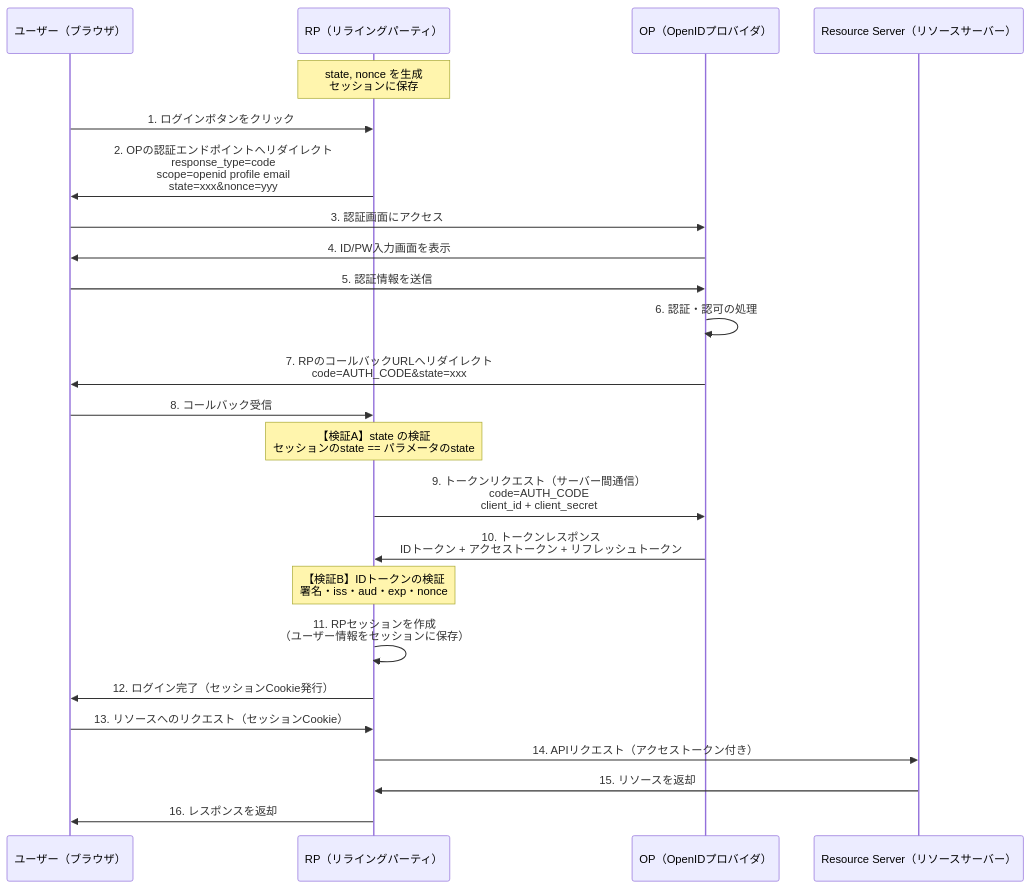
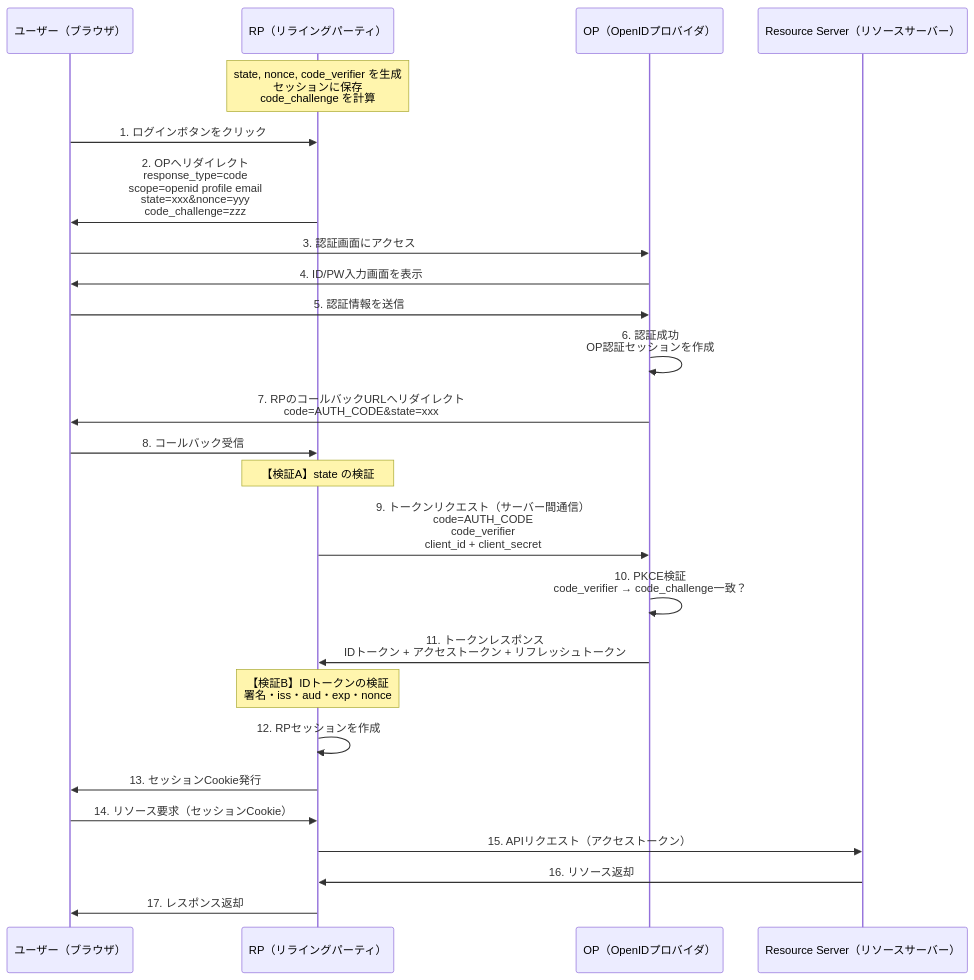
One commit to keiai0/go-demo changed the first of 5 diagrams in docs/oidc_architecture.md. Above: the diagram before and after it, drawn with Mermaid. The commit also changed other lines of this file, not shown here.

````diff
--- a/docs/oidc_architecture.md
+++ b/docs/oidc_architecture.md
@@ -17,35 +17,37 @@
 ```mermaid
 sequenceDiagram
     participant User as ユーザー（ブラウザ）
     participant RP as RP（リライングパーティ）
     participant OP as OP（OpenIDプロバイダ）
     participant RS as Resource Server（リソースサーバー）
 
-    Note over RP: state, nonce を生成<br/>セッションに保存
+    Note over RP: state, nonce, code_verifier を生成<br/>セッションに保存<br/>code_challenge を計算
 
     User->>RP: 1. ログインボタンをクリック
-    RP->>User: 2. OPの認証エンドポイントへリダイレクト<br/>response_type=code<br/>scope=openid profile email<br/>state=xxx&nonce=yyy
+    RP->>User: 2. OPへリダイレクト<br/>response_type=code<br/>scope=openid profile email<br/>state=xxx&nonce=yyy<br/>code_challenge=zzz
 
     User->>OP: 3. 認証画面にアクセス
     OP->>User: 4. ID/PW入力画面を表示
     User->>OP: 5. 認証情報を送信
-    OP->>OP: 6. 認証・認可の処理
+    OP->>OP: 6. 認証成功<br/>OP認証セッションを作成
 
     OP->>User: 7. RPのコールバックURLへリダイレクト<br/>code=AUTH_CODE&state=xxx
     User->>RP: 8. コールバック受信
 
-    Note over RP: 【検証A】state の検証<br/>セッションのstate == パラメータのstate
+    Note over RP: 【検証A】state の検証
 
-    RP->>OP: 9. トークンリクエスト（サーバー間通信）<br/>code=AUTH_CODE<br/>client_id + client_secret
-    OP->>RP: 10. トークンレスポンス<br/>IDトークン + アクセストークン + リフレッシュトークン
+    RP->>OP: 9. トークンリクエスト（サーバー間通信）<br/>code=AUTH_CODE<br/>code_verifier<br/>client_id + client_secret
+    OP->>OP: 10. PKCE検証<br/>code_verifier → code_challenge一致？
+
+    OP->>RP: 11. トークンレスポンス<br/>IDトークン + アクセストークン + リフレッシュトークン
 
     Note over RP: 【検証B】IDトークンの検証<br/>署名・iss・aud・exp・nonce
 
-    RP->>RP: 11. RPセッションを作成<br/>（ユーザー情報をセッションに保存）
-    RP->>User: 12. ログイン完了（セッションCookie発行）
+    RP->>RP: 12. RPセッションを作成
+    RP->>User: 13. セッションCookie発行
 
-    User->>RP: 13. リソースへのリクエスト（セッションCookie）
-    RP->>RS: 14. APIリクエスト（アクセストークン付き）
-    RS->>RP: 15. リソースを返却
-    RP->>User: 16. レスポンスを返却
+    User->>RP: 14. リソース要求（セッションCookie）
+    RP->>RS: 15. APIリクエスト（アクセストークン）
+    RS->>RP: 16. リソース返却
+    RP->>User: 17. レスポンス返却
 ```
````
